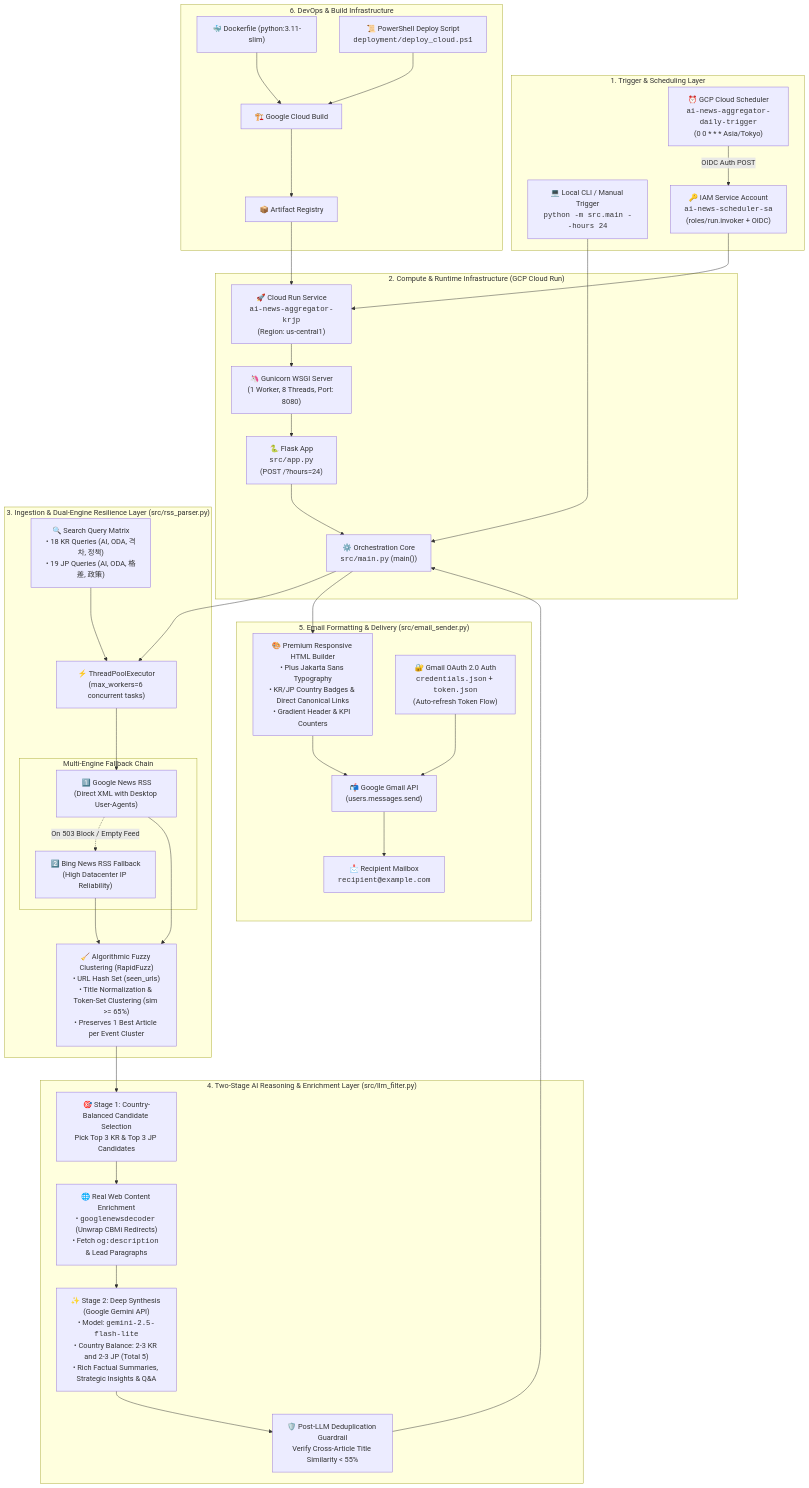
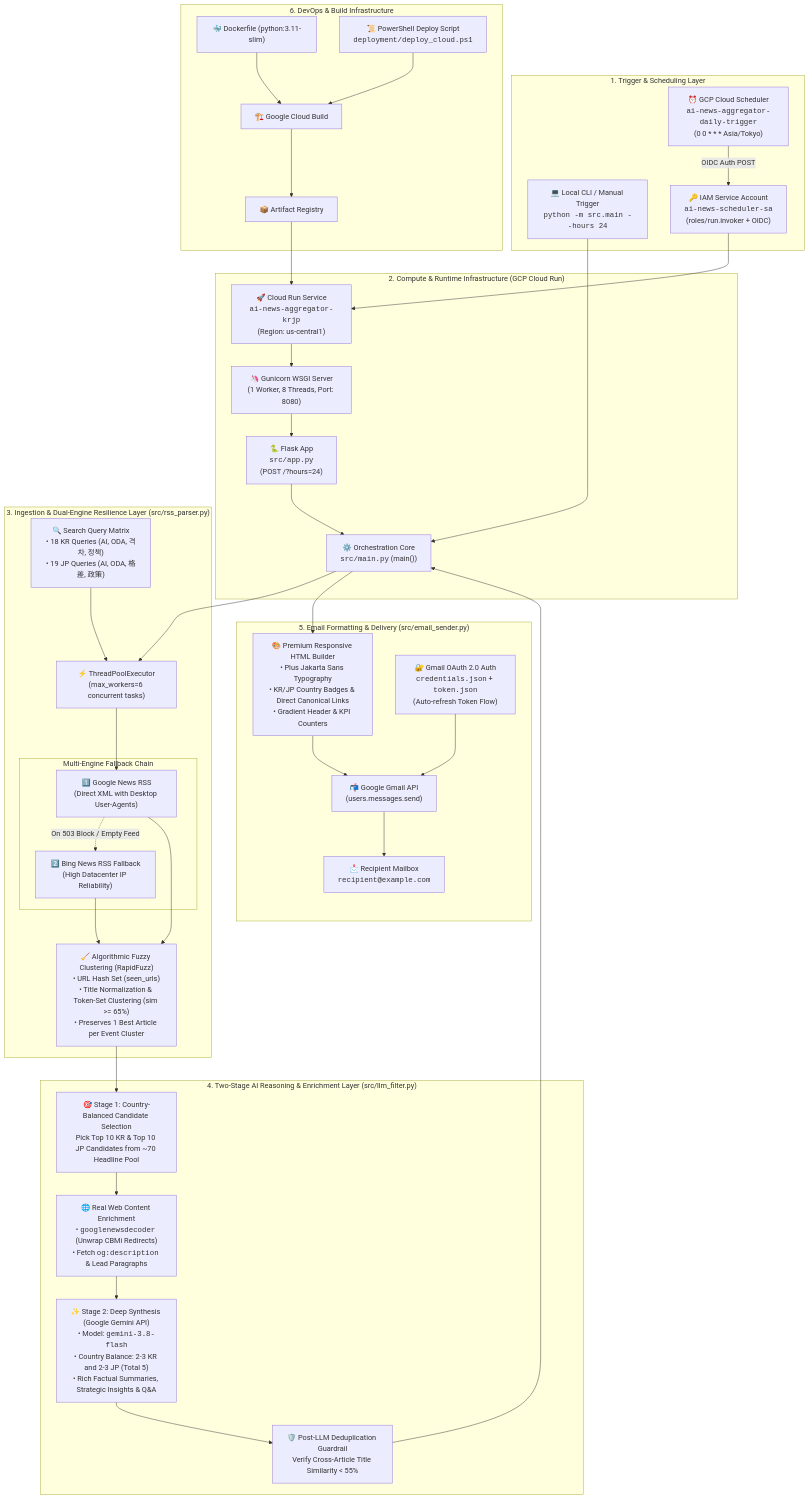
The first of 3 diagrams in README.md (henryhyunwookim/AI-news-aggregator-KRJP), drawn with Mermaid before and after one commit. The commit also changed other lines of this file and 4 other files, not shown here.

First line of the commit message:
feat(llm): upgrade to gemini-3.8-flash and expand Stage 1 candidate pool

```diff
--- a/README.md
+++ b/README.md
@@ -50,9 +50,9 @@
     %% AI Intelligence & Content Enrichment Layer
     %% -------------------------------------------------------------
     subgraph AILayer ["4. Two-Stage AI Reasoning & Enrichment Layer (src/llm_filter.py)"]
-        STAGE1["🎯 Stage 1: Country-Balanced Candidate Selection<br/>Pick Top 3 KR & Top 3 JP Candidates"]
+        STAGE1["🎯 Stage 1: Country-Balanced Candidate Selection<br/>Pick Top 10 KR & Top 10 JP Candidates from ~70 Headline Pool"]
         ENRICHER["🌐 Real Web Content Enrichment<br/>• <code>googlenewsdecoder</code> (Unwrap CBMi Redirects)<br/>• Fetch <code>og:description</code> & Lead Paragraphs"]
-        STAGE2["✨ Stage 2: Deep Synthesis (Google Gemini API)<br/>• Model: <code>gemini-2.5-flash-lite</code><br/>• Country Balance: 2-3 KR and 2-3 JP (Total 5)<br/>• Rich Factual Summaries, Strategic Insights & Q&A"]
+        STAGE2["✨ Stage 2: Deep Synthesis (Google Gemini API)<br/>• Model: <code>gemini-3.8-flash</code><br/>• Country Balance: 2-3 KR and 2-3 JP (Total 5)<br/>• Rich Factual Summaries, Strategic Insights & Q&A"]
         GUARDRAIL["🛡️ Post-LLM Deduplication Guardrail<br/>Verify Cross-Article Title Similarity < 55%"]
     end
 
```
